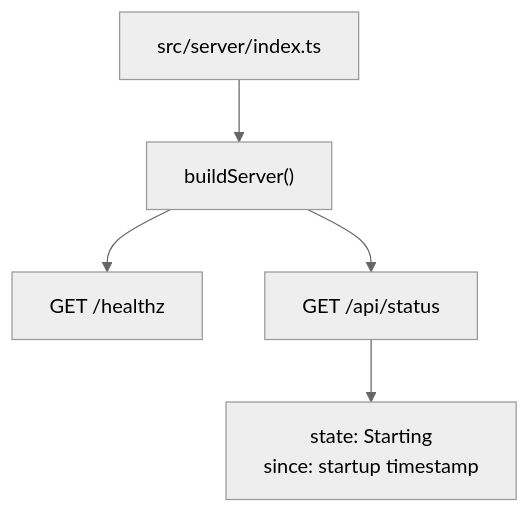
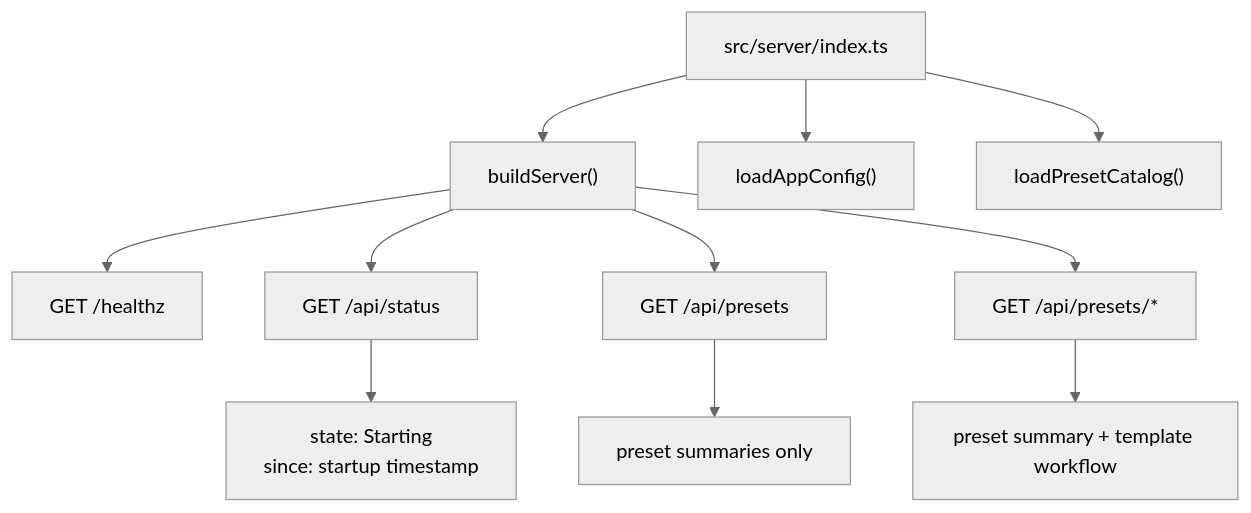
The second of 3 diagrams in docs/architecture.MD (marianban/fuzzy-guacamole), drawn with Mermaid (neutral theme) before and after one commit. The commit also changed other lines of this file and 8 other files, not shown here.

Commit message:
feat: implement preset loading and API routes, including config management

````diff
--- a/docs/architecture.MD
+++ b/docs/architecture.MD
@@ -22,7 +31,13 @@
 ```mermaid
 flowchart TD
   Start["src/server/index.ts"] --> Build["buildServer()"]
+  Start --> Config["loadAppConfig()"]
+  Start --> Catalog["loadPresetCatalog()"]
   Build --> Health["GET /healthz"]
   Build --> Status["GET /api/status"]
+  Build --> PresetsList["GET /api/presets"]
+  Build --> PresetsDetail["GET /api/presets/*"]
   Status --> Payload["state: Starting<br/>since: startup timestamp"]
+  PresetsList --> PresetPayload["preset summaries only"]
+  PresetsDetail --> PresetDetailPayload["preset summary + template workflow"]
 ```
````
